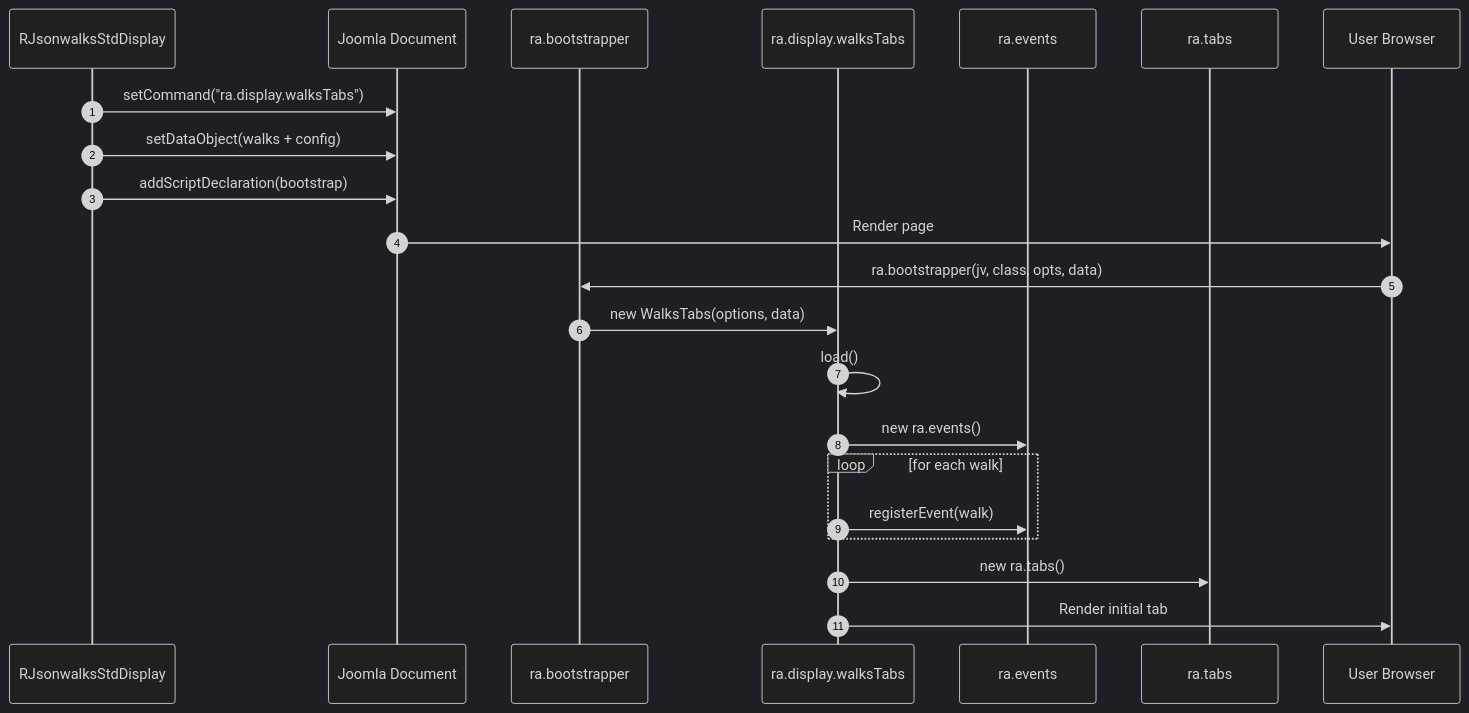
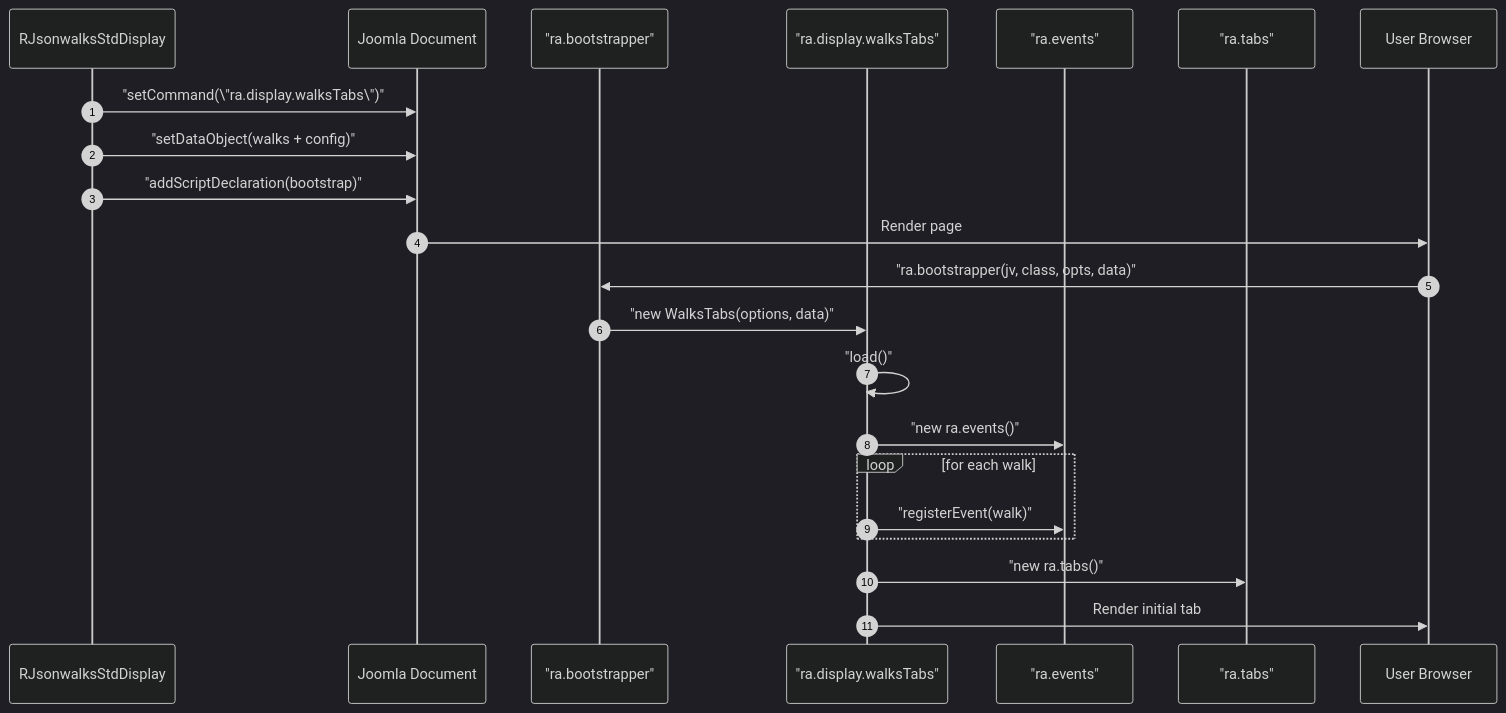
Before and after one commit to pauljrhodes/ramblers-library: the second of 5 diagrams in media/jsonwalks/HLD.md, drawn with Mermaid (dark theme). The commit also changed other lines of this file and 33 other files, not shown here.

Commit message:
Normalize Mermaid diagrams for GitHub rendering

````diff
--- a/media/jsonwalks/HLD.md
+++ b/media/jsonwalks/HLD.md
@@ -195,25 +195,25 @@
 ```mermaid
 sequenceDiagram
     autonumber
     participant PHP as RJsonwalksStdDisplay
     participant Doc as Joomla Document
-    participant Bootstrap as ra.bootstrapper
-    participant WalksTabs as ra.display.walksTabs
-    participant Events as ra.events
-    participant Tabs as ra.tabs
+    participant Bootstrap as "ra.bootstrapper"
+    participant WalksTabs as "ra.display.walksTabs"
+    participant Events as "ra.events"
+    participant Tabs as "ra.tabs"
     participant User as User Browser
 
-    PHP->>Doc: setCommand("ra.display.walksTabs")
-    PHP->>Doc: setDataObject(walks + config)
-    PHP->>Doc: addScriptDeclaration(bootstrap)
+    PHP->>Doc: "setCommand(\"ra.display.walksTabs\")"
+    PHP->>Doc: "setDataObject(walks + config)"
+    PHP->>Doc: "addScriptDeclaration(bootstrap)"
     Doc->>User: Render page
-    User->>Bootstrap: ra.bootstrapper(jv, class, opts, data)
-    Bootstrap->>WalksTabs: new WalksTabs(options, data)
-    WalksTabs->>WalksTabs: load()
-    WalksTabs->>Events: new ra.events()
+    User->>Bootstrap: "ra.bootstrapper(jv, class, opts, data)"
+    Bootstrap->>WalksTabs: "new WalksTabs(options, data)"
+    WalksTabs->>WalksTabs: "load()"
+    WalksTabs->>Events: "new ra.events()"
     loop for each walk
-        WalksTabs->>Events: registerEvent(walk)
+        WalksTabs->>Events: "registerEvent(walk)"
     end
-    WalksTabs->>Tabs: new ra.tabs()
+    WalksTabs->>Tabs: "new ra.tabs()"
     WalksTabs->>User: Render initial tab
 ```
````
